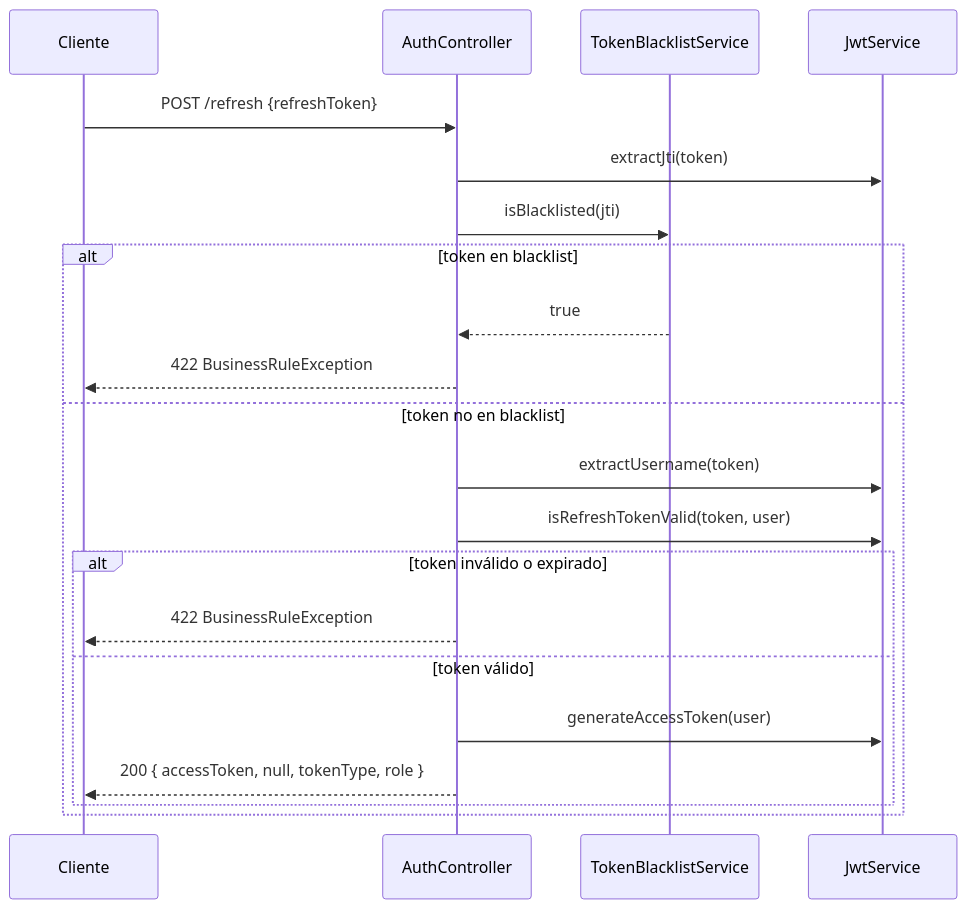
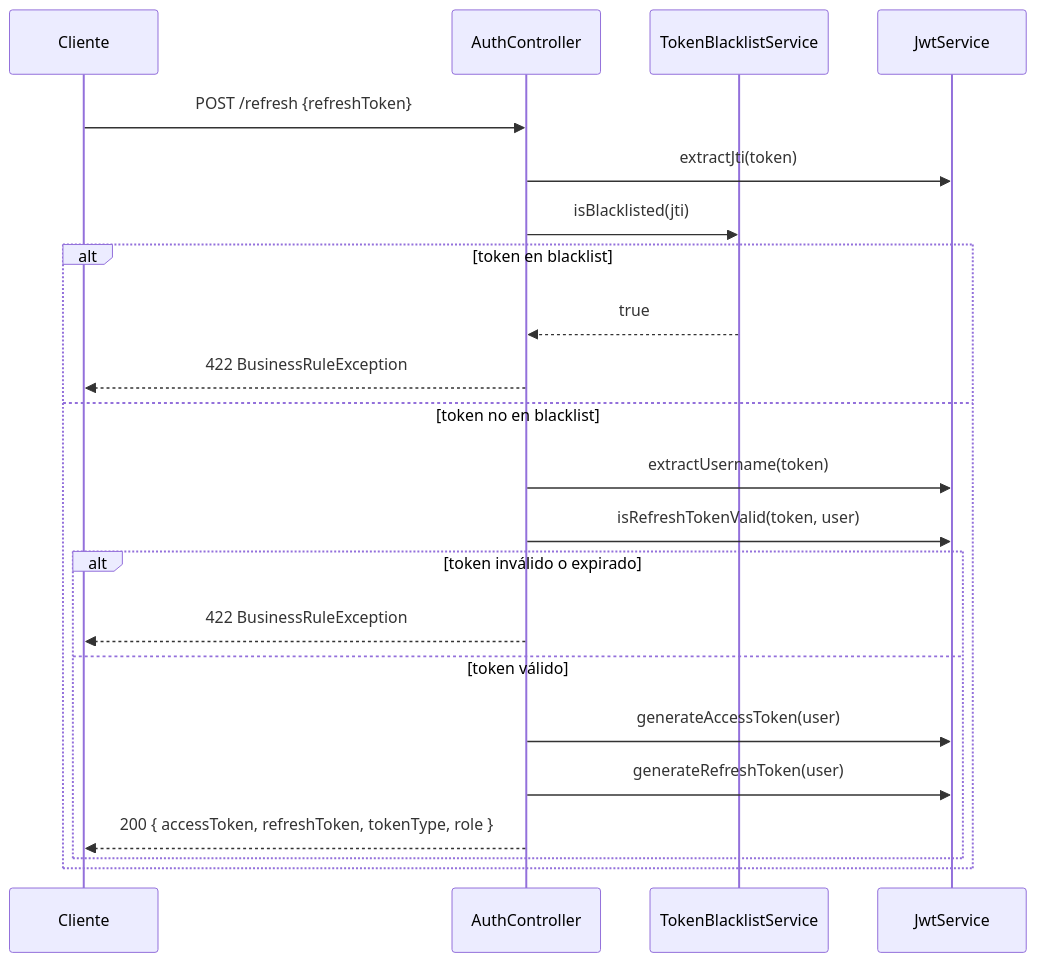
The sixth of 9 diagrams in backend/docs/13-seguridad.md (FepDev25/sistema-facturacion-medica-springboot-react-postgresql), drawn with Mermaid before and after one commit. The commit also changed other lines of this file and 25 other files, not shown here.

````diff
--- a/backend/docs/13-seguridad.md
+++ b/backend/docs/13-seguridad.md
@@ -355,24 +355,25 @@
 ```mermaid
 sequenceDiagram
     participant C as Cliente
     participant AC as AuthController
     participant TBS as TokenBlacklistService
     participant JS as JwtService
 
     C->>AC: POST /refresh {refreshToken}
     AC->>JS: extractJti(token)
     AC->>TBS: isBlacklisted(jti)
     alt token en blacklist
         TBS-->>AC: true
         AC-->>C: 422 BusinessRuleException
     else token no en blacklist
         AC->>JS: extractUsername(token)
         AC->>JS: isRefreshTokenValid(token, user)
         alt token inválido o expirado
             AC-->>C: 422 BusinessRuleException
         else token válido
             AC->>JS: generateAccessToken(user)
-            AC-->>C: 200 { accessToken, null, tokenType, role }
+            AC->>JS: generateRefreshToken(user)
+            AC-->>C: 200 { accessToken, refreshToken, tokenType, role }
         end
     end
 ```
````
